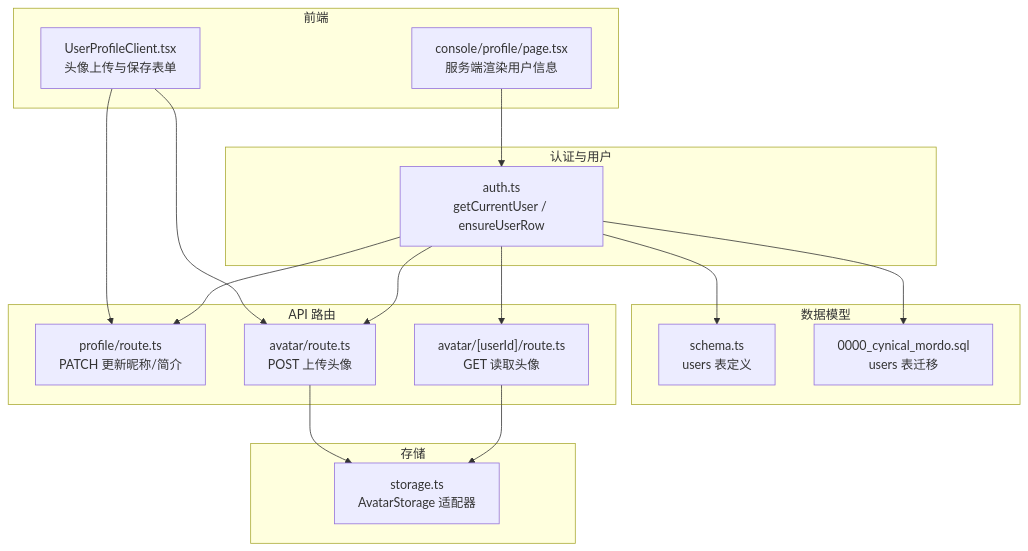
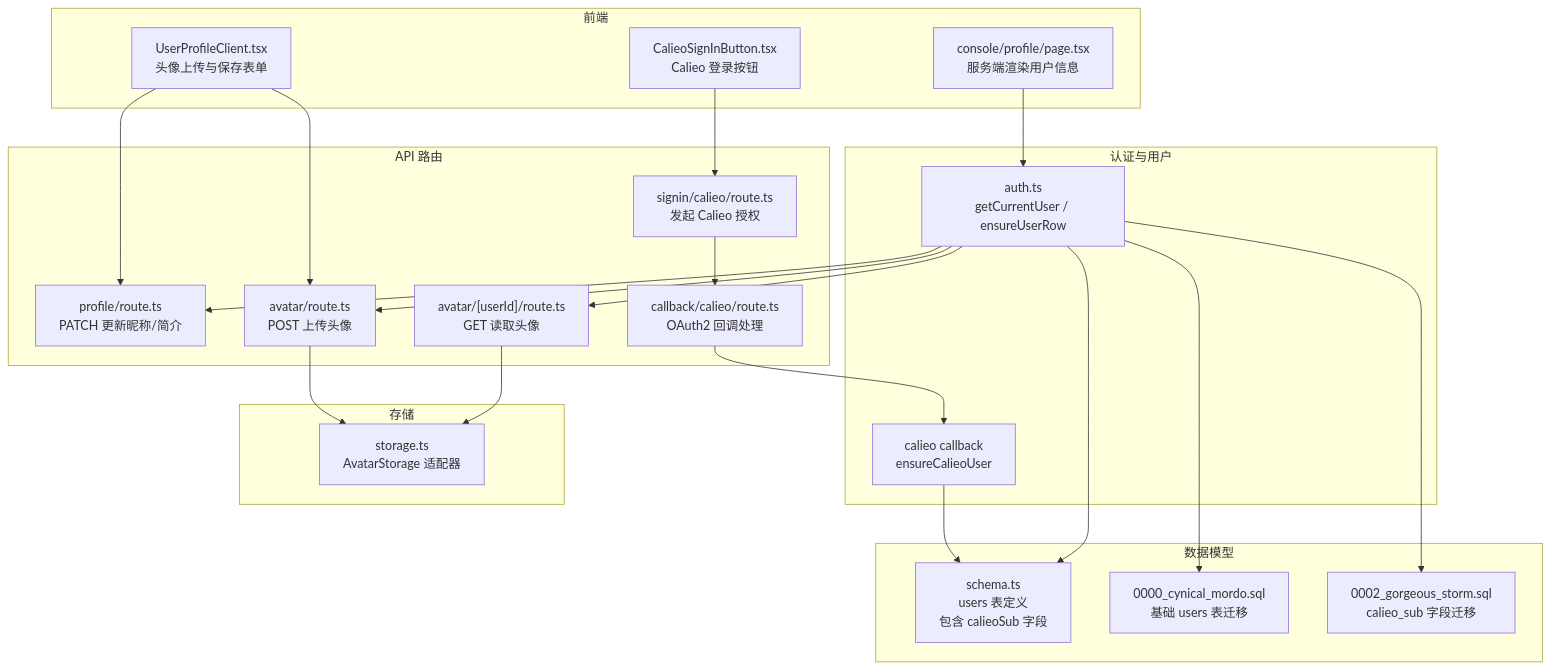
The first of 11 diagrams in .qoder/repowiki/zh/content/架构设计/认证架构设计/用户信息管理.md (pnnh/weable), drawn with Mermaid before and after one commit. The commit also changed other lines of this file and 187 other files, not shown here.

````diff
--- a/.qoder/repowiki/zh/content/架构设计/认证架构设计/用户信息管理.md
+++ b/.qoder/repowiki/zh/content/架构设计/认证架构设计/用户信息管理.md
@@ -46,32 +61,42 @@
 ```mermaid
 graph TB
 subgraph "认证与用户"
 A["auth.ts<br/>getCurrentUser / ensureUserRow"]
+B["calieo callback<br/>ensureCalieoUser"]
 end
 subgraph "数据模型"
-B["schema.ts<br/>users 表定义"]
-C["0000_cynical_mordo.sql<br/>users 表迁移"]
+C["schema.ts<br/>users 表定义<br/>包含 calieoSub 字段"]
+D["0000_cynical_mordo.sql<br/>基础 users 表迁移"]
+E["0002_gorgeous_storm.sql<br/>calieo_sub 字段迁移"]
 end
 subgraph "API 路由"
-D["profile/route.ts<br/>PATCH 更新昵称/简介"]
-E["avatar/route.ts<br/>POST 上传头像"]
-F["avatar/[userId]/route.ts<br/>GET 读取头像"]
+F["profile/route.ts<br/>PATCH 更新昵称/简介"]
+G["avatar/route.ts<br/>POST 上传头像"]
+H["avatar/[userId]/route.ts<br/>GET 读取头像"]
+I["callback/calieo/route.ts<br/>OAuth2 回调处理"]
+J["signin/calieo/route.ts<br/>发起 Calieo 授权"]
 end
 subgraph "前端"
-G["console/profile/page.tsx<br/>服务端渲染用户信息"]
-H["UserProfileClient.tsx<br/>头像上传与保存表单"]
+K["console/profile/page.tsx<br/>服务端渲染用户信息"]
+L["UserProfileClient.tsx<br/>头像上传与保存表单"]
+M["CalieoSignInButton.tsx<br/>Calieo 登录按钮"]
 end
 subgraph "存储"
-I["storage.ts<br/>AvatarStorage 适配器"]
+N["storage.ts<br/>AvatarStorage 适配器"]
 end
-A --> B
 A --> C
+B --> C
 A --> D
 A --> E
 A --> F
-G --> A
-H --> D
-H --> E
-F --> I
-E --> I
+A --> G
+A --> H
+I --> B
+J --> I
+K --> A
+L --> F
+L --> G
+H --> N
+G --> N
+M --> J
 ```
````
